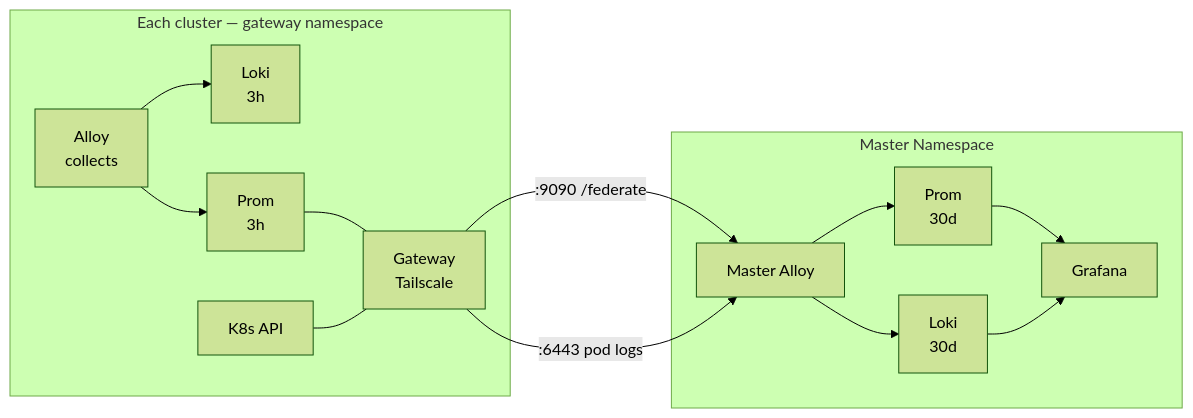
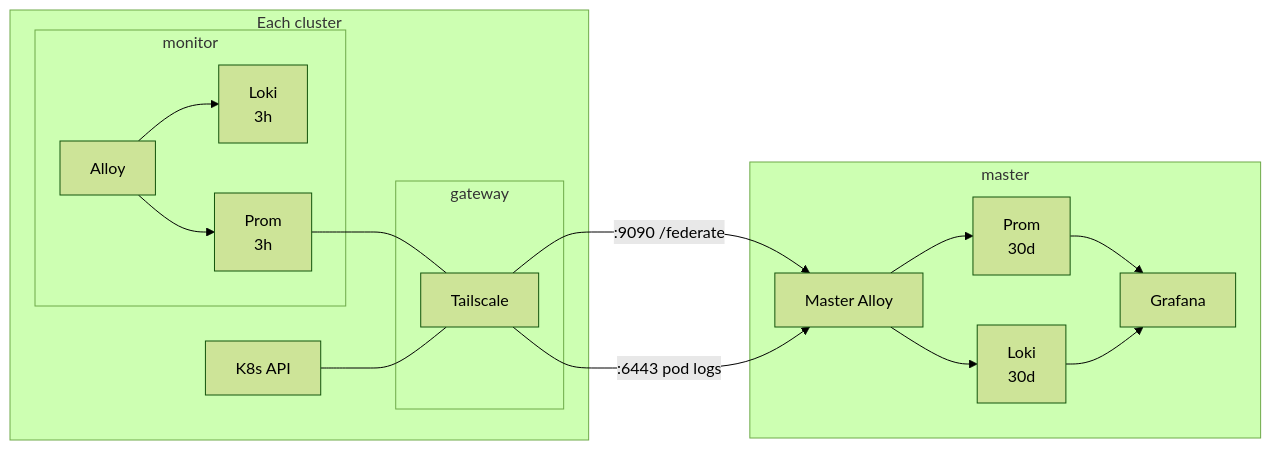
Before and after one commit to Kord96/kordinate: the fourth of 4 diagrams in docs/infrastructure.md, drawn with Mermaid (forest theme). The commit also changed other lines of this file and 13 other files, not shown here.

First line of the commit message:
Split gateway into its own namespace

````diff
--- a/docs/infrastructure.md
+++ b/docs/infrastructure.md
@@ -89,16 +97,21 @@
 ```mermaid
 flowchart LR
-    subgraph gw[Each cluster — gateway namespace]
-        AL[Alloy<br/>collects] --> L[Loki<br/>3h] & P[Prom<br/>3h]
-        P --- GWT[Gateway<br/>Tailscale]
+    subgraph cluster[Each cluster]
+        subgraph mon[monitor]
+            AL[Alloy] --> L[Loki<br/>3h] & P[Prom<br/>3h]
+        end
+        subgraph gw[gateway]
+            GWT[Tailscale]
+        end
+        P --- GWT
         K8S[K8s API] --- GWT
     end
 
     GWT -->|:9090 /federate| MA
     GWT -->|:6443 pod logs| MA
 
-    subgraph master[Master Namespace]
+    subgraph master[master]
         MA[Master Alloy] --> ML[Loki<br/>30d] & MP[Prom<br/>30d]
         MP & ML --> G[Grafana]
     end
 ```
````
